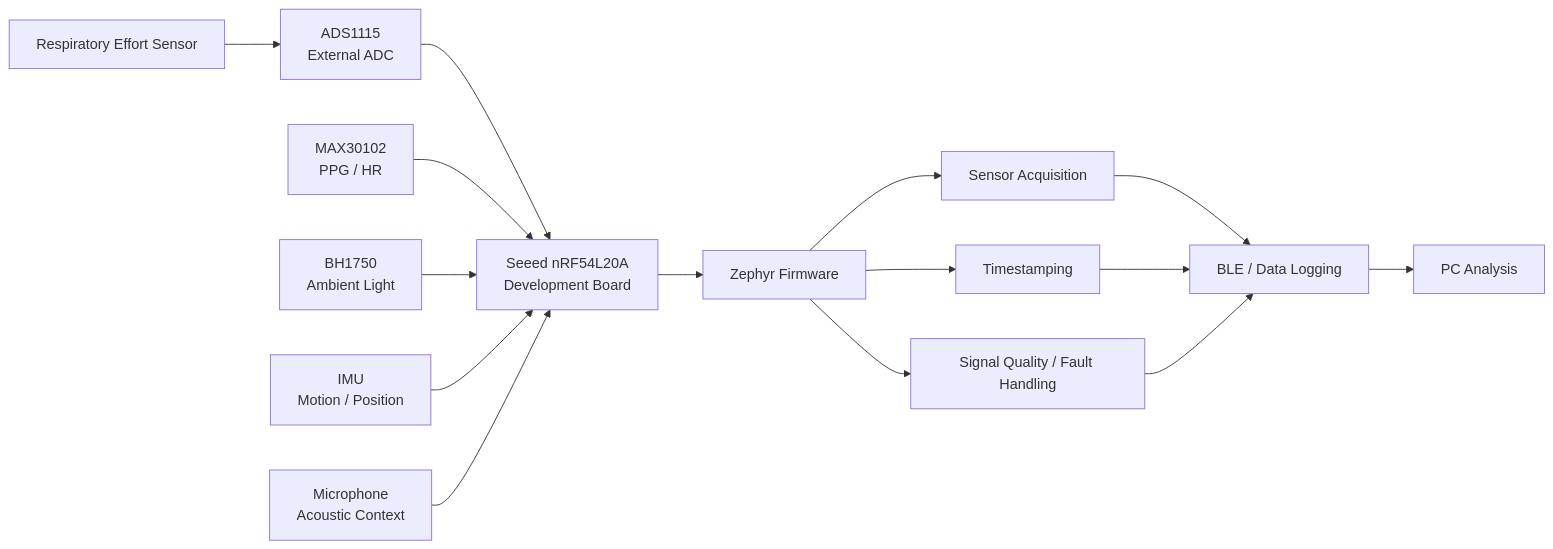
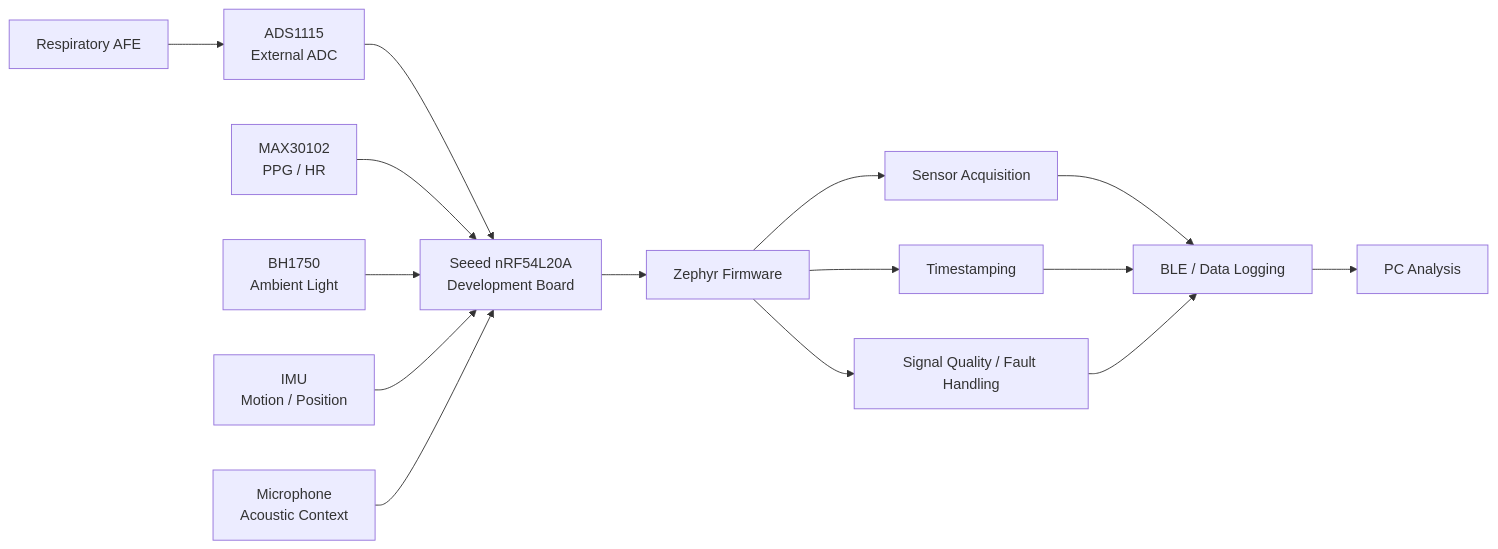
One commit to CDonohoe-Designs/SomniMate changed the second of 4 diagrams in README.md. Above: the diagram before and after it, drawn with Mermaid. The commit also changed other lines of this file, not shown here.

Commit message:
Update README for RIP AFE hardware prototype

````diff
--- a/README.md
+++ b/README.md
@@ -65,20 +68,20 @@
 ```mermaid
 flowchart LR
-    A["Respiratory Effort Sensor"] --> B["ADS1115<br/>External ADC"]
+    A["Respiratory AFE"] --> B["ADS1115<br/>External ADC"]
     B --> C["Seeed nRF54L20A<br/>Development Board"]
 
     D["MAX30102<br/>PPG / HR"] --> C
     E["BH1750<br/>Ambient Light"] --> C
     F["IMU<br/>Motion / Position"] --> C
     G["Microphone<br/>Acoustic Context"] --> C
 
     C --> H["Zephyr Firmware"]
     H --> I["Sensor Acquisition"]
     H --> J["Timestamping"]
     H --> K["Signal Quality / Fault Handling"]
 
     I --> L["BLE / Data Logging"]
     J --> L
     K --> L
     L --> M["PC Analysis"]
 ```
````
